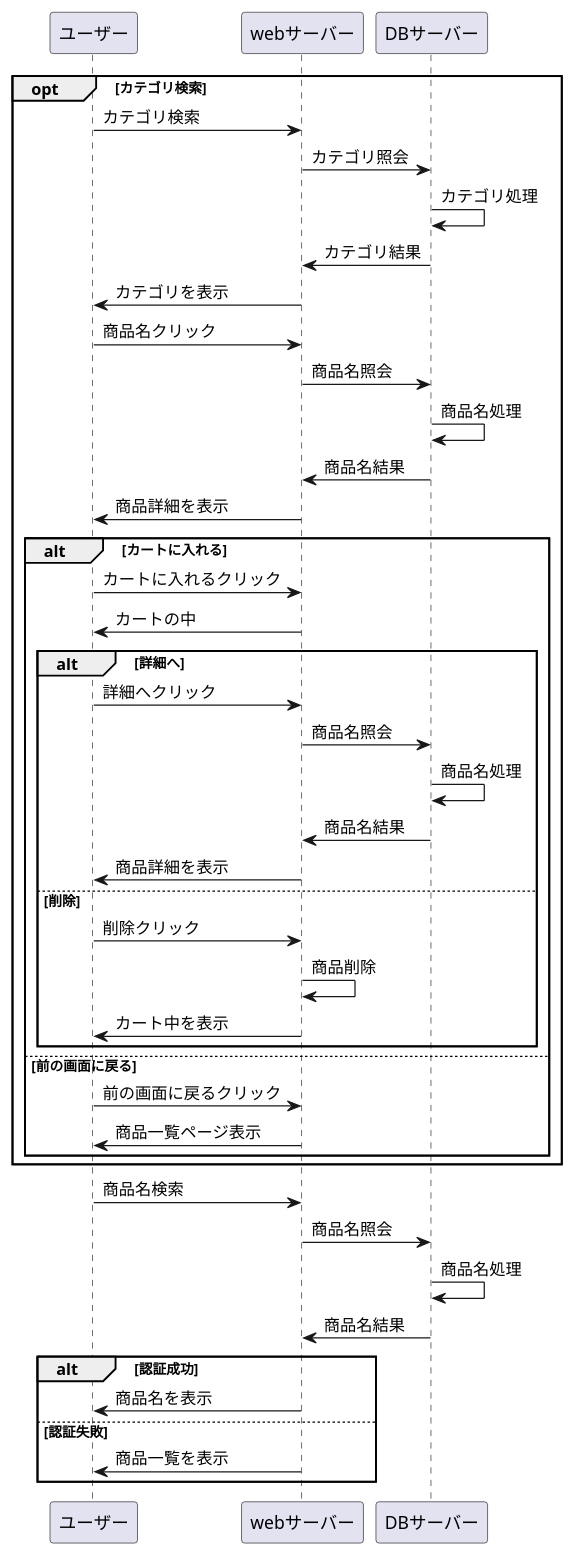
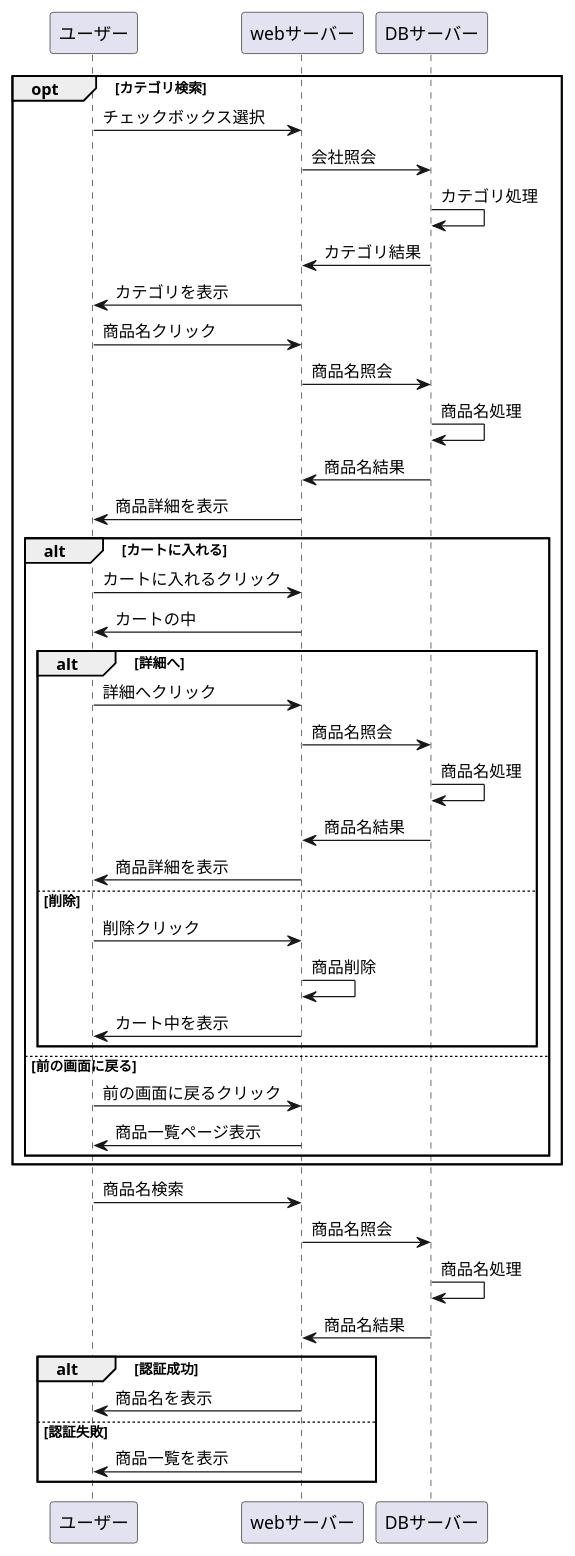
One commit to Aso2001403/2021sys-design changed the diagram in myHP/第９回レポート（業務フロー）/購入.md. Above: the diagram before and after it, drawn with PlantUML.

````diff
--- a/myHP/第９回レポート（業務フロー）/購入.md
+++ b/myHP/第９回レポート（業務フロー）/購入.md
@@ -1,47 +1,47 @@
 ```uml
 @startuml
 opt カテゴリ検索
-ユーザー -> webサーバー :カテゴリ検索
-webサーバー -> DBサーバー : カテゴリ照会
+ユーザー -> webサーバー :チェックボックス選択
+webサーバー -> DBサーバー : 会社照会
 DBサーバー -> DBサーバー : カテゴリ処理
 DBサーバー -> webサーバー : カテゴリ結果
 webサーバー -> ユーザー : カテゴリを表示
 ユーザー -> webサーバー : 商品名クリック
 webサーバー -> DBサーバー : 商品名照会
 DBサーバー -> DBサーバー : 商品名処理
 DBサーバー -> webサーバー : 商品名結果
 webサーバー -> ユーザー : 商品詳細を表示
 
 alt カートに入れる
  ユーザー -> webサーバー :カートに入れるクリック
  webサーバー -> ユーザー:カートの中
  alt 詳細へ
 ユーザー -> webサーバー : 詳細へクリック
 webサーバー -> DBサーバー : 商品名照会
 DBサーバー -> DBサーバー : 商品名処理
 DBサーバー -> webサーバー : 商品名結果
 webサーバー -> ユーザー : 商品詳細を表示
  else 削除
 ユーザー -> webサーバー : 削除クリック
 webサーバー -> webサーバー : 商品削除
 webサーバー -> ユーザー : カート中を表示
  end
  else 前の画面に戻る
  ユーザー -> webサーバー :前の画面に戻るクリック
  webサーバー -> ユーザー:商品一覧ページ表示
  end
 end
 
 ユーザー -> webサーバー : 商品名検索
 webサーバー -> DBサーバー : 商品名照会
 DBサーバー -> DBサーバー : 商品名処理
 DBサーバー -> webサーバー : 商品名結果
 
 alt 認証成功
 webサーバー -> ユーザー : 商品名を表示
 else 認証失敗
 webサーバー -> ユーザー : 商品一覧を表示
 end
 
 @enduml
 ```
````
